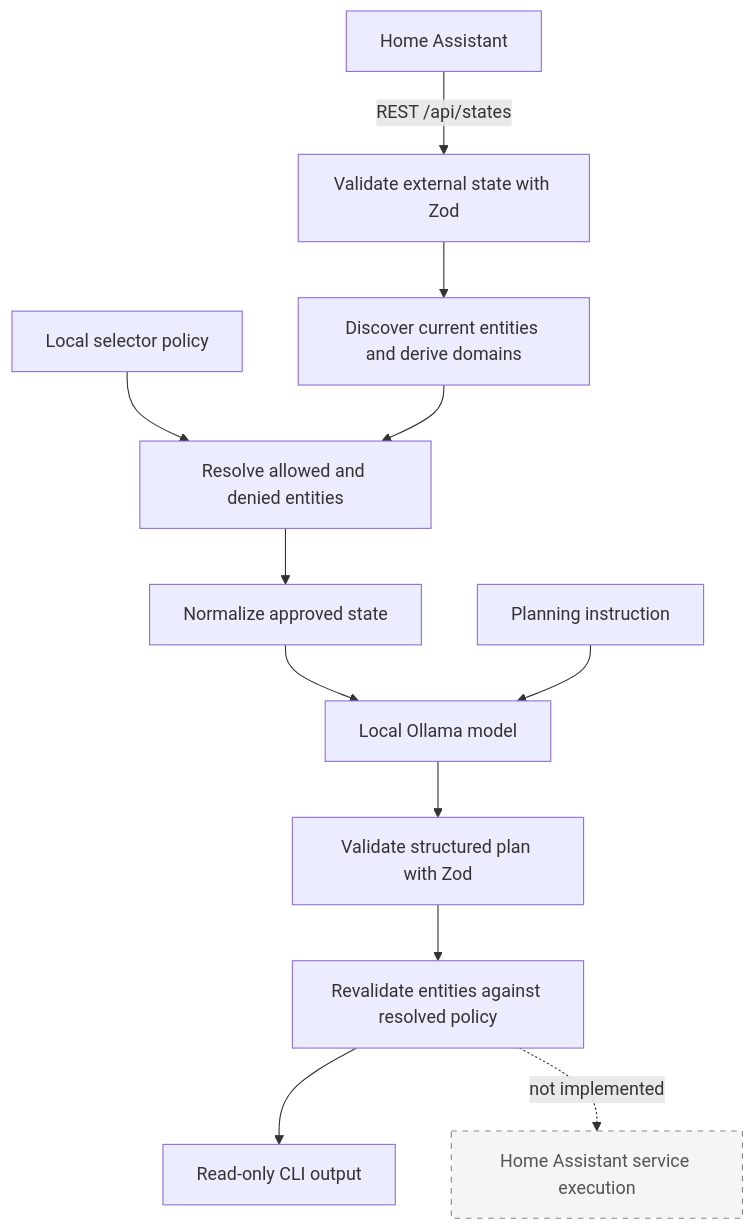
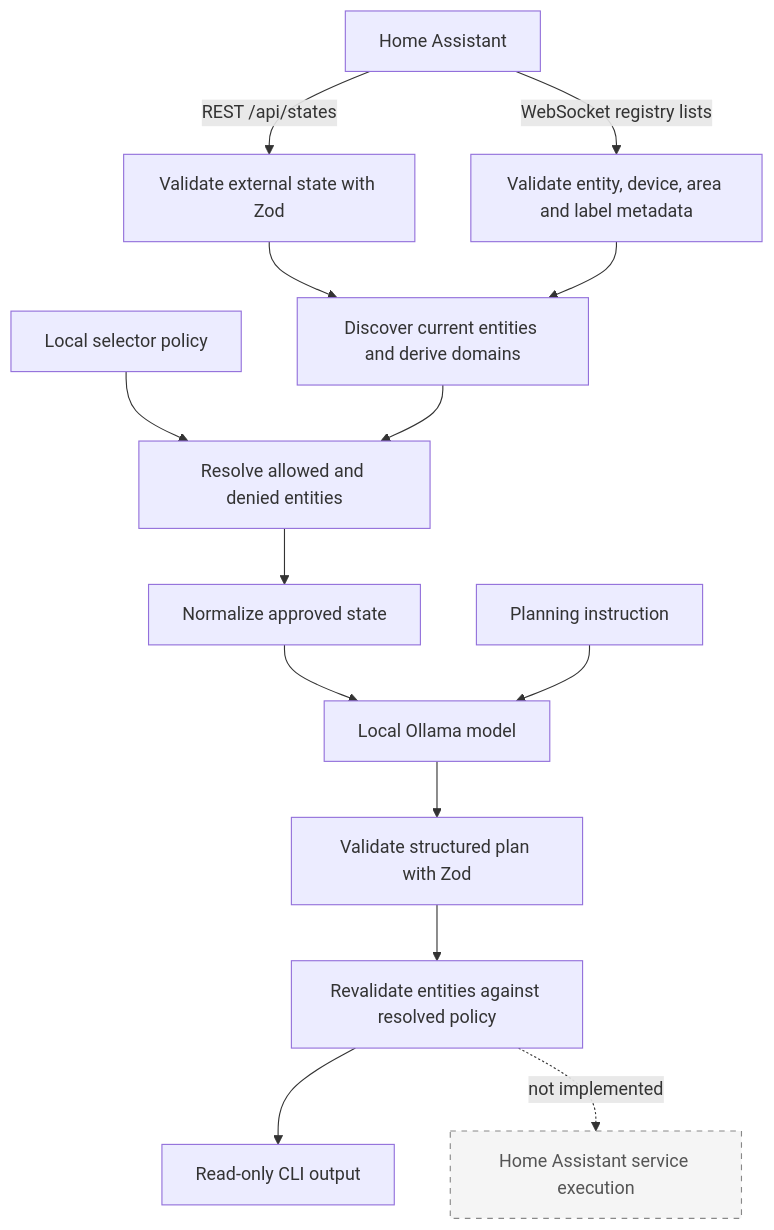
Before and after one commit to aabiskar1/aryal-home: the diagram in README.md, drawn with Mermaid. The commit also changed other lines of this file and 14 other files, not shown here.

````diff
--- a/README.md
+++ b/README.md
@@ -41,17 +41,19 @@
 ```mermaid
 flowchart TD
     HA[Home Assistant] -->|REST /api/states| HV[Validate external state with Zod]
+    HA -->|WebSocket registry lists| RG[Validate entity, device, area and label metadata]
     HV --> D[Discover current entities and derive domains]
+    RG --> D
     P[Local selector policy] --> R[Resolve allowed and denied entities]
     D --> R
     R --> N[Normalize approved state]
     N --> O[Local Ollama model]
     I[Planning instruction] --> O
     O --> S[Validate structured plan with Zod]
     S --> PV[Revalidate entities against resolved policy]
     PV --> C[Read-only CLI output]
     PV -. not implemented .-> E[Home Assistant service execution]
 
     classDef future fill:#f5f5f5,stroke:#888,stroke-dasharray:5 5,color:#555;
     class E future;
 ```
````
